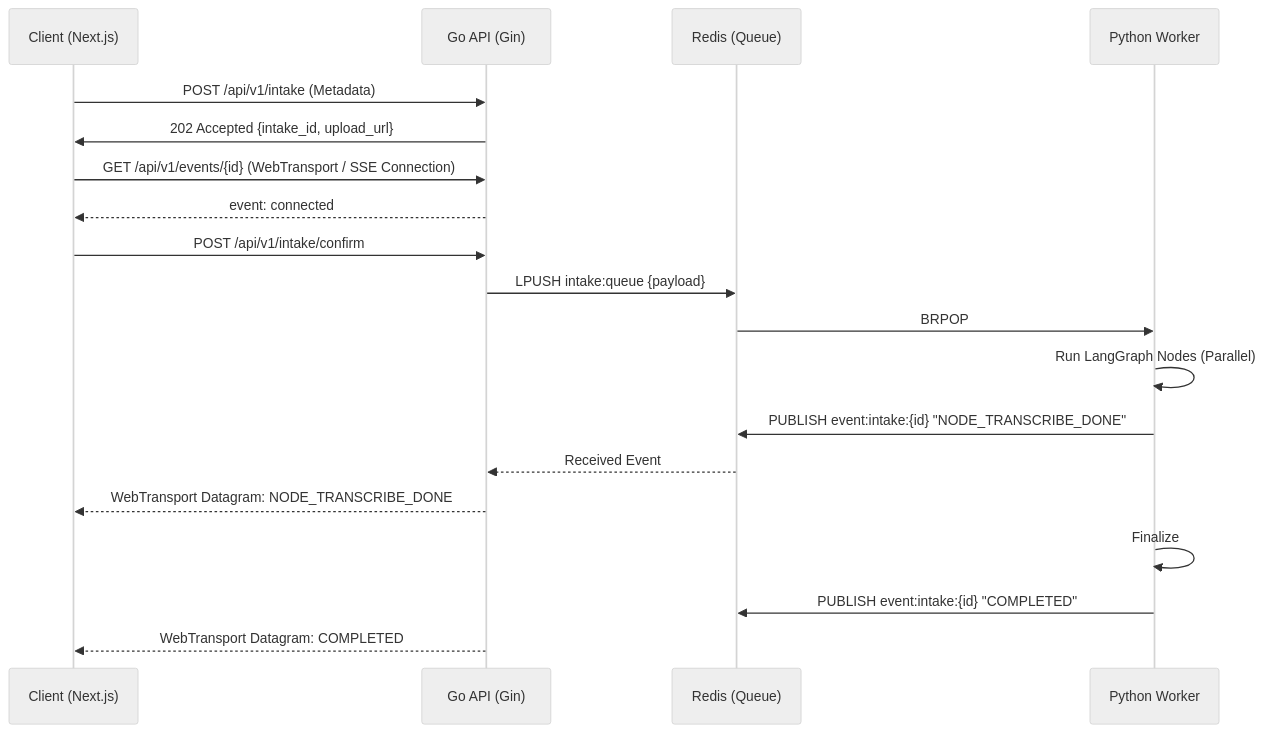
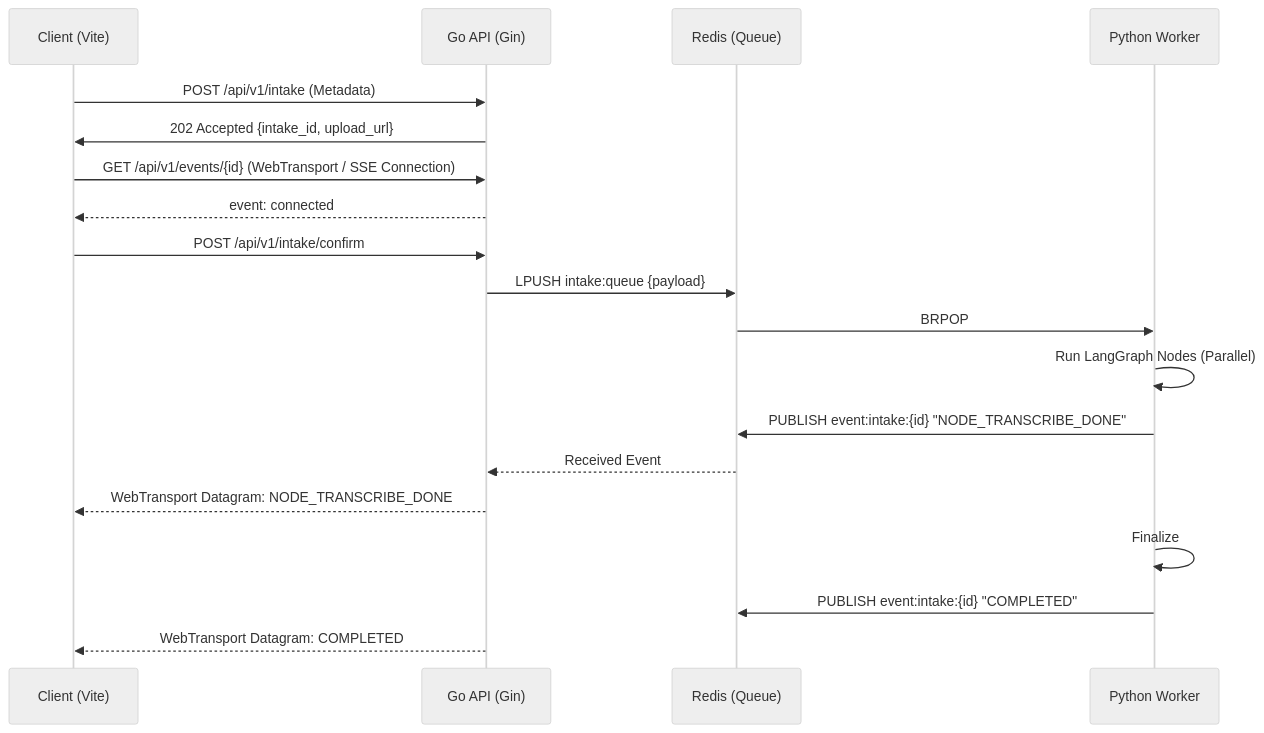
The fourth of 4 diagrams in docs/architecture/BRIEFLY_MASTER_ARCHITECTURE.md (m-amir-gomaa/Briefly), drawn with Mermaid (neutral theme) before and after one commit. The commit also changed other lines of this file and 15 other files, not shown here.

````diff
--- a/docs/architecture/BRIEFLY_MASTER_ARCHITECTURE.md
+++ b/docs/architecture/BRIEFLY_MASTER_ARCHITECTURE.md
@@ -252,24 +249,24 @@
 ```mermaid
 sequenceDiagram
-    participant C as Client (Next.js)
+    participant C as Client (Vite)
     participant A as Go API (Gin)
     participant R as Redis (Queue)
     participant W as Python Worker
     
     C->>A: POST /api/v1/intake (Metadata)
     A->>C: 202 Accepted {intake_id, upload_url}
     C->>A: GET /api/v1/events/{id} (WebTransport / SSE Connection)
     A-->>C: event: connected
     
     C->>A: POST /api/v1/intake/confirm
     A->>R: LPUSH intake:queue {payload}
     R->>W: BRPOP
     W->>W: Run LangGraph Nodes (Parallel)
     W->>R: PUBLISH event:intake:{id} "NODE_TRANSCRIBE_DONE"
     R-->>A: Received Event
     A-->>C: WebTransport Datagram: NODE_TRANSCRIBE_DONE
     
     W->>W: Finalize
     W->>R: PUBLISH event:intake:{id} "COMPLETED"
     A-->>C: WebTransport Datagram: COMPLETED
 ```
````
